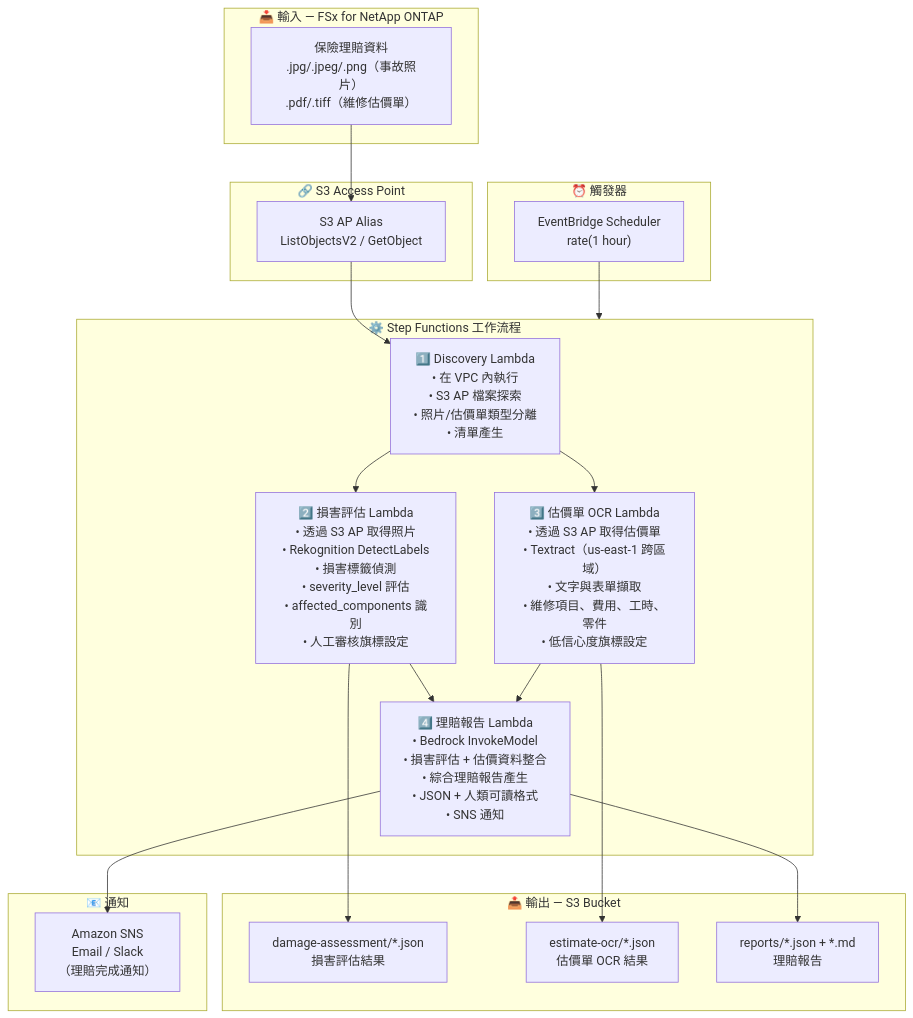
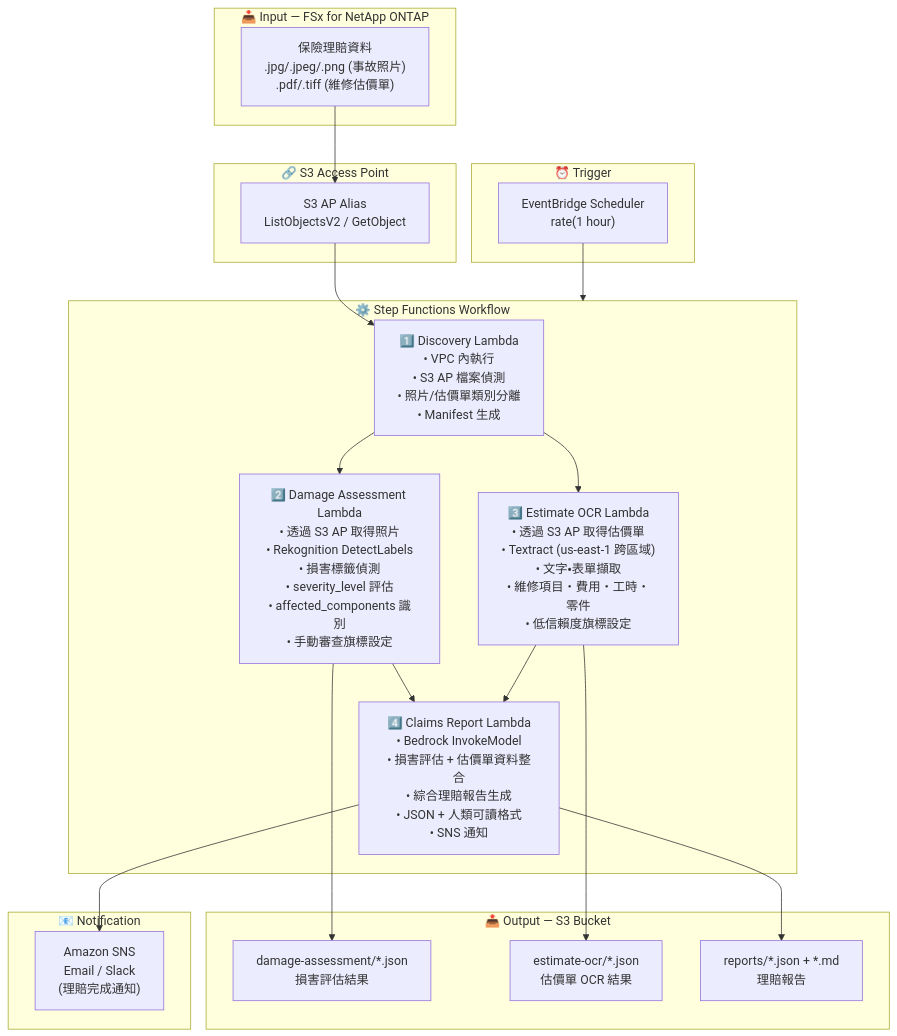
Before and after one commit to Yoshiki0705/FSx-for-ONTAP-S3AccessPoints-Serverless-Patterns: the diagram in insurance-claims/docs/architecture.zh-TW.md, drawn with Mermaid. The commit also changed other lines of this file and 54 other files, not shown here.

````diff
--- a/insurance-claims/docs/architecture.zh-TW.md
+++ b/insurance-claims/docs/architecture.zh-TW.md
@@ -11,43 +13,43 @@
 ```mermaid
 flowchart TB
-    subgraph INPUT["📥 輸入 — FSx for NetApp ONTAP"]
-        DATA["保險理賠資料<br/>.jpg/.jpeg/.png（事故照片）<br/>.pdf/.tiff（維修估價單）"]
+    subgraph INPUT["📥 Input — FSx for NetApp ONTAP"]
+        DATA["保險理賠資料<br/>.jpg/.jpeg/.png (事故照片)<br/>.pdf/.tiff (維修估價單)"]
     end
 
     subgraph S3AP["🔗 S3 Access Point"]
         ALIAS["S3 AP Alias<br/>ListObjectsV2 / GetObject"]
     end
 
-    subgraph TRIGGER["⏰ 觸發器"]
+    subgraph TRIGGER["⏰ Trigger"]
         EB["EventBridge Scheduler<br/>rate(1 hour)"]
     end
 
-    subgraph SFN["⚙️ Step Functions 工作流程"]
-        DISC["1️⃣ Discovery Lambda<br/>• 在 VPC 內執行<br/>• S3 AP 檔案探索<br/>• 照片/估價單類型分離<br/>• 清單產生"]
-        DA["2️⃣ 損害評估 Lambda<br/>• 透過 S3 AP 取得照片<br/>• Rekognition DetectLabels<br/>• 損害標籤偵測<br/>• severity_level 評估<br/>• affected_components 識別<br/>• 人工審核旗標設定"]
-        EO["3️⃣ 估價單 OCR Lambda<br/>• 透過 S3 AP 取得估價單<br/>• Textract（us-east-1 跨區域）<br/>• 文字與表單擷取<br/>• 維修項目、費用、工時、零件<br/>• 低信心度旗標設定"]
-        CR["4️⃣ 理賠報告 Lambda<br/>• Bedrock InvokeModel<br/>• 損害評估 + 估價資料整合<br/>• 綜合理賠報告產生<br/>• JSON + 人類可讀格式<br/>• SNS 通知"]
+    subgraph SFN["⚙️ Step Functions Workflow"]
+        DISC["1️⃣ Discovery Lambda<br/>• VPC 內執行<br/>• S3 AP 檔案偵測<br/>• 照片/估價單類別分離<br/>• Manifest 生成"]
+        DA["2️⃣ Damage Assessment Lambda<br/>• 透過 S3 AP 取得照片<br/>• Rekognition DetectLabels<br/>• 損害標籤偵測<br/>• severity_level 評估<br/>• affected_components 識別<br/>• 手動審查旗標設定"]
+        EO["3️⃣ Estimate OCR Lambda<br/>• 透過 S3 AP 取得估價單<br/>• Textract (us-east-1 跨區域)<br/>• 文字・表單擷取<br/>• 維修項目・費用・工時・零件<br/>• 低信賴度旗標設定"]
+        CR["4️⃣ Claims Report Lambda<br/>• Bedrock InvokeModel<br/>• 損害評估 + 估價單資料整合<br/>• 綜合理賠報告生成<br/>• JSON + 人類可讀格式<br/>• SNS 通知"]
     end
 
-    subgraph OUTPUT["📤 輸出 — S3 Bucket"]
+    subgraph OUTPUT["📤 Output — S3 Bucket"]
         DMGOUT["damage-assessment/*.json<br/>損害評估結果"]
         OCROUT["estimate-ocr/*.json<br/>估價單 OCR 結果"]
         REPORT["reports/*.json + *.md<br/>理賠報告"]
     end
 
-    subgraph NOTIFY["📧 通知"]
-        SNS["Amazon SNS<br/>Email / Slack<br/>（理賠完成通知）"]
+    subgraph NOTIFY["📧 Notification"]
+        SNS["Amazon SNS<br/>Email / Slack<br/>(理賠完成通知)"]
     end
 
     DATA --> ALIAS
     ALIAS --> DISC
     EB --> SFN
     DISC --> DA
     DISC --> EO
     DA --> CR
     EO --> CR
     DA --> DMGOUT
     EO --> OCROUT
     CR --> REPORT
     CR --> SNS
 ```
````
